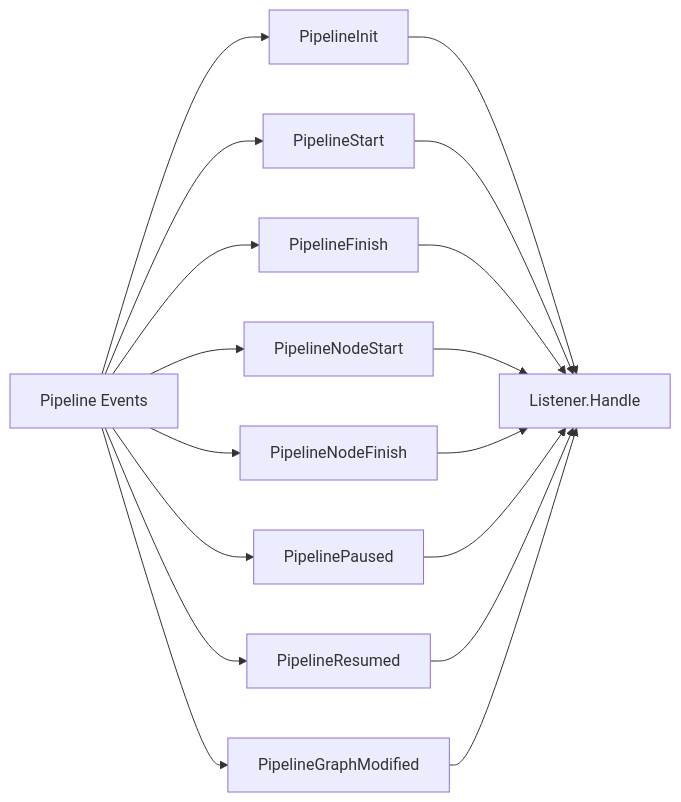
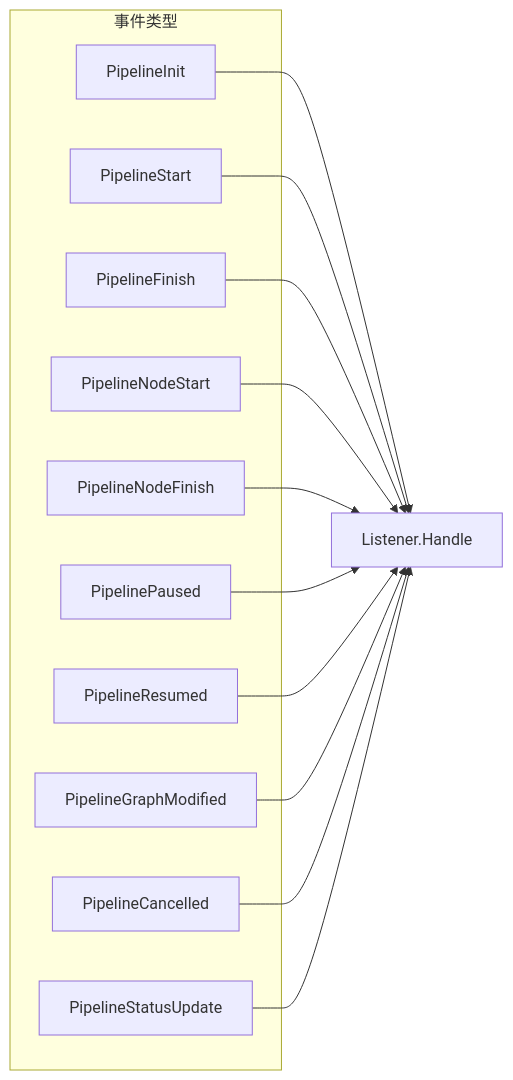
One commit to LerkoX/flowx changed diagram 13 of 15 in dag/FLOWS.md. Above: the diagram before and after it, drawn with Mermaid. The commit also changed other lines of this file and 6 other files, not shown here.

First line of the commit message:
docs: enhance module flow diagrams with detailed implementation flows

````diff
--- a/dag/FLOWS.md
+++ b/dag/FLOWS.md
@@ -117,20 +319,26 @@
 ```mermaid
 flowchart LR
-    A[Pipeline Events] --> B[PipelineInit]
-    A --> C[PipelineStart]
-    A --> D[PipelineFinish]
-    A --> E[PipelineNodeStart]
-    A --> F[PipelineNodeFinish]
-    A --> G[PipelinePaused]
-    A --> H[PipelineResumed]
-    A --> I[PipelineGraphModified]
+    subgraph 事件类型
+    A[PipelineInit]
+    B[PipelineStart]
+    C[PipelineFinish]
+    D[PipelineNodeStart]
+    E[PipelineNodeFinish]
+    F[PipelinePaused]
+    G[PipelineResumed]
+    H[PipelineGraphModified]
+    I[PipelineCancelled]
+    J[PipelineStatusUpdate]
+    end
 
-    B --> J[Listener.Handle]
-    C --> J
-    D --> J
-    E --> J
-    F --> J
-    G --> J
-    H --> J
-    I --> J
+    A --> K[Listener.Handle]
+    B --> K
+    C --> K
+    D --> K
+    E --> K
+    F --> K
+    G --> K
+    H --> K
+    I --> K
+    J --> K
 ```
````
